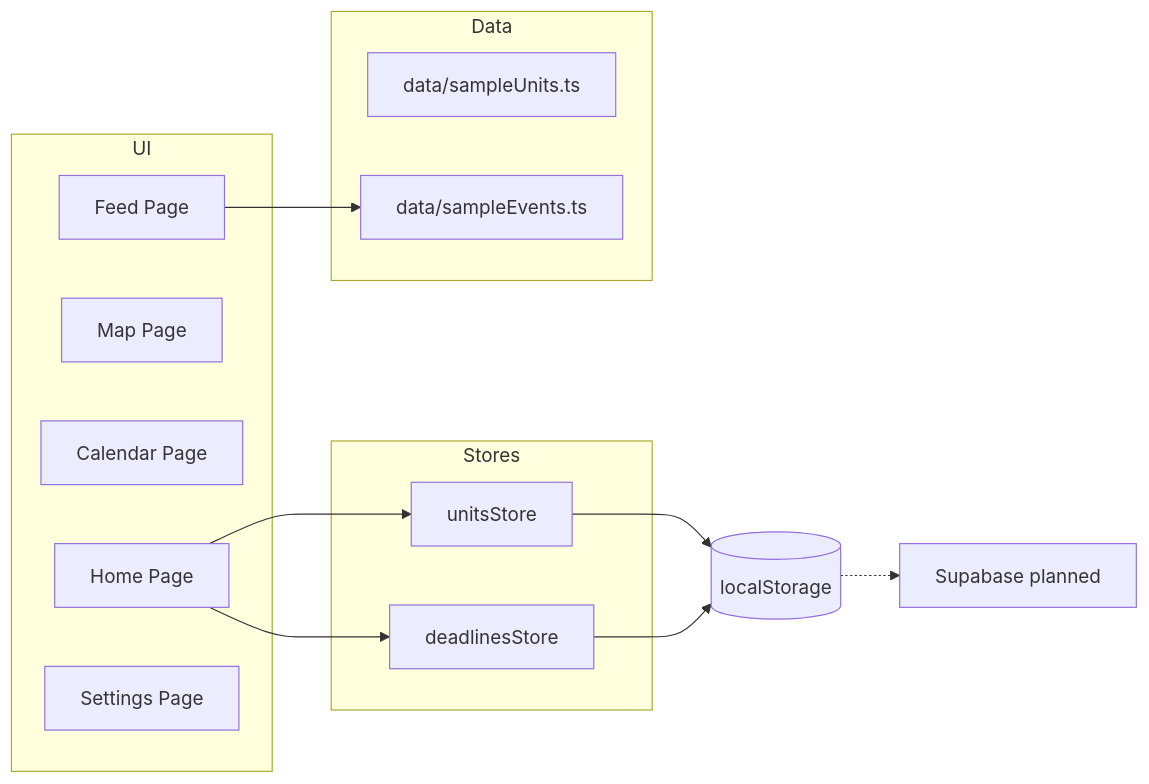
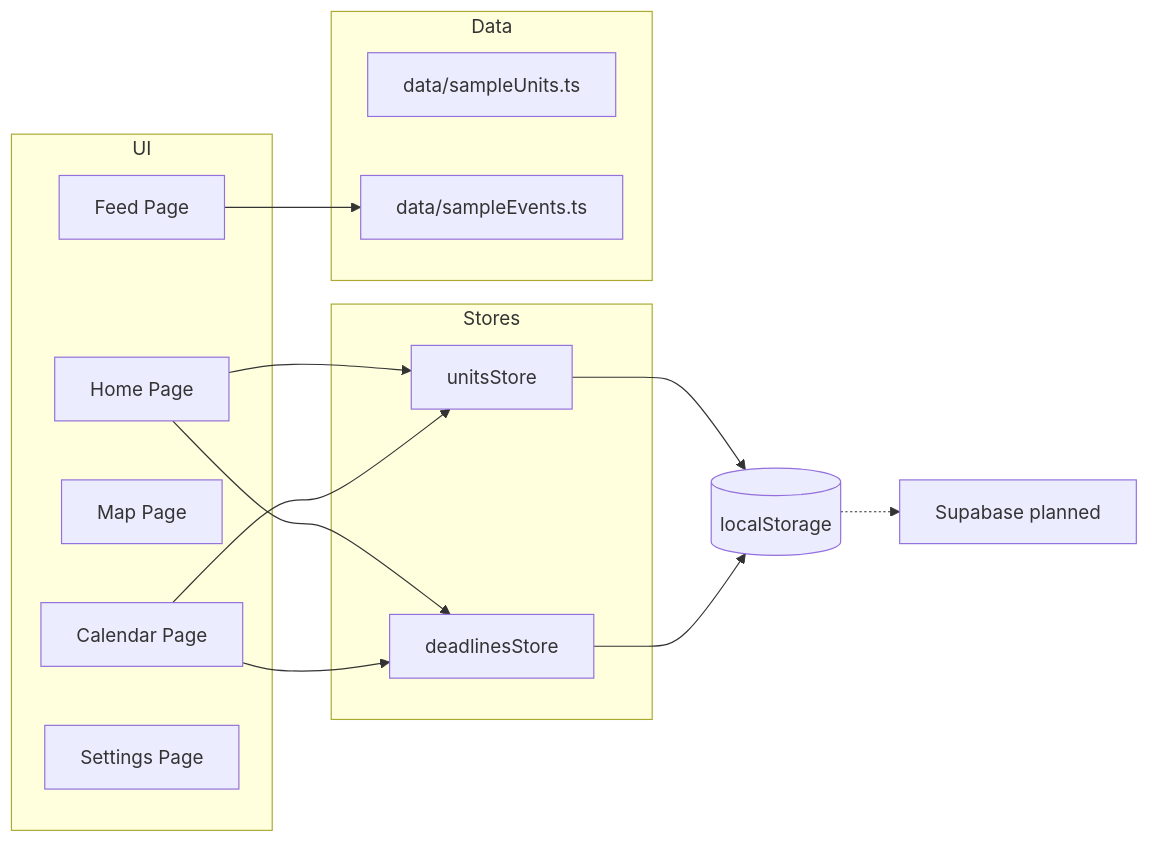
The diagram in README.md (Raoof128/Syllabus-Sync), drawn with Mermaid before and after one commit. The commit also changed other lines of this file and 18 other files, not shown here.

````diff
--- a/README.md
+++ b/README.md
@@ -21,27 +21,29 @@
 ```mermaid
 flowchart LR
   subgraph UI
     Home[Home Page]
+    Calendar[Calendar Page]
     Map[Map Page]
-    Calendar[Calendar Page]
     Feed[Feed Page]
     Settings[Settings Page]
   end
 
   subgraph Stores
     UnitsStore[unitsStore]
     DeadlinesStore[deadlinesStore]
   end
 
   subgraph Data
     SampleUnits[data/sampleUnits.ts]
     SampleEvents[data/sampleEvents.ts]
   end
 
   Home --> UnitsStore
   Home --> DeadlinesStore
+  Calendar --> DeadlinesStore
+  Calendar --> UnitsStore
   Feed --> SampleEvents
   UnitsStore --> LocalStorage[(localStorage)]
   DeadlinesStore --> LocalStorage
   LocalStorage -.-> Future[Supabase planned]
 ```
````
